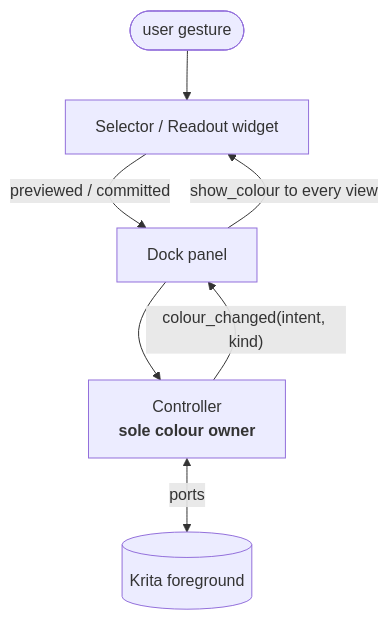
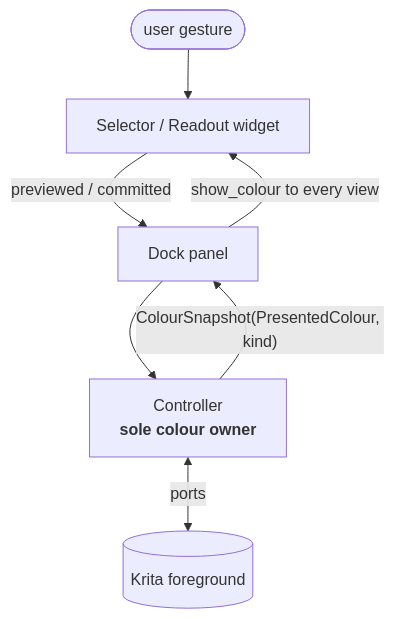
One commit to gibapiu/oklab_colour_picker_krita changed the second of 5 diagrams in docs/architecture.md. Above: the diagram before and after it, drawn with Mermaid. The commit also changed other lines of this file and 7 other files, not shown here.

Commit message:
adopt pub/sub for colour intent propagation between selectors

````diff
--- a/docs/architecture.md
+++ b/docs/architecture.md
@@ -57,9 +59,9 @@
 ```mermaid
 flowchart TD
     U([user gesture]) --> V[Selector / Readout widget]
     V -- "previewed / committed" --> D[Dock panel]
     D --> C[Controller<br/><b>sole colour owner</b>]
-    C -- "colour_changed(intent, kind)" --> D
+    C -- "ColourSnapshot(PresentedColour, kind)" --> D
     D -- "show_colour to every view" --> V
     C <-- "ports" --> K[(Krita foreground)]
 ```
````
